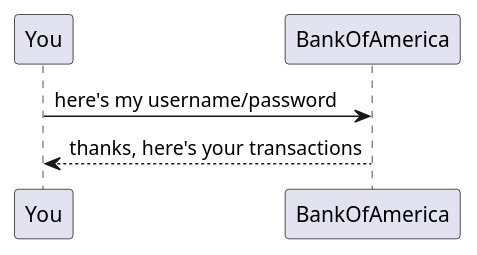
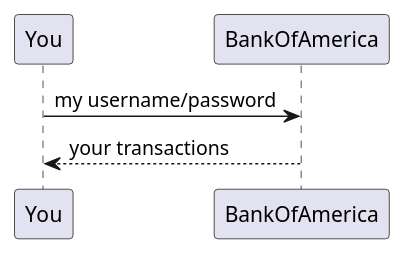
Before and after one commit to sheymans/elementsOf: the diagram in oauth2/images/simple_auth.puml, drawn with PlantUML. The commit also changed 4 other files, not shown here.

```diff
--- a/oauth2/images/simple_auth.puml
+++ b/oauth2/images/simple_auth.puml
@@ -1,4 +1,4 @@
 @startuml
-You -> BankOfAmerica: here's my username/password
-BankOfAmerica --> You: thanks, here's your transactions
+You -> BankOfAmerica: my username/password
+BankOfAmerica --> You: your transactions
 @enduml
```
